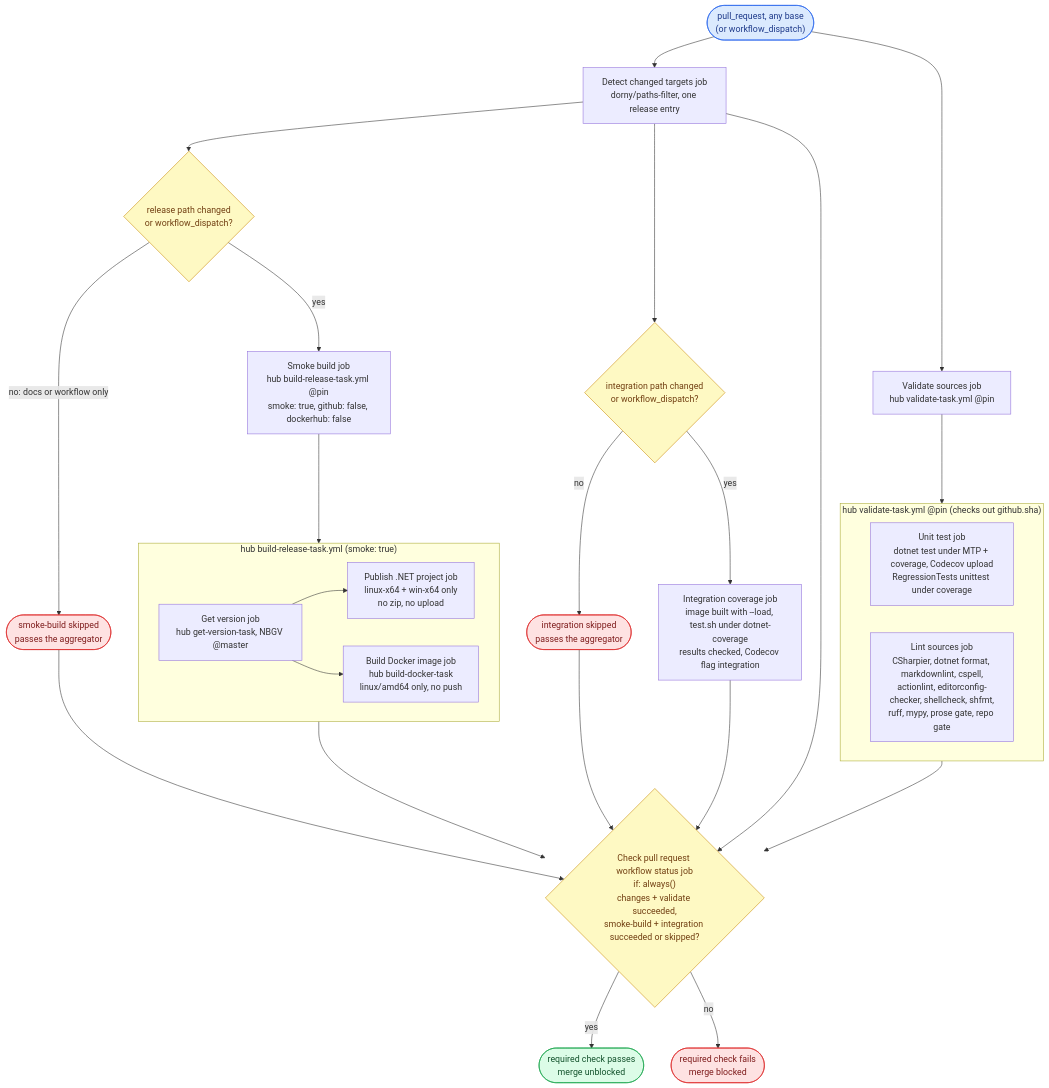
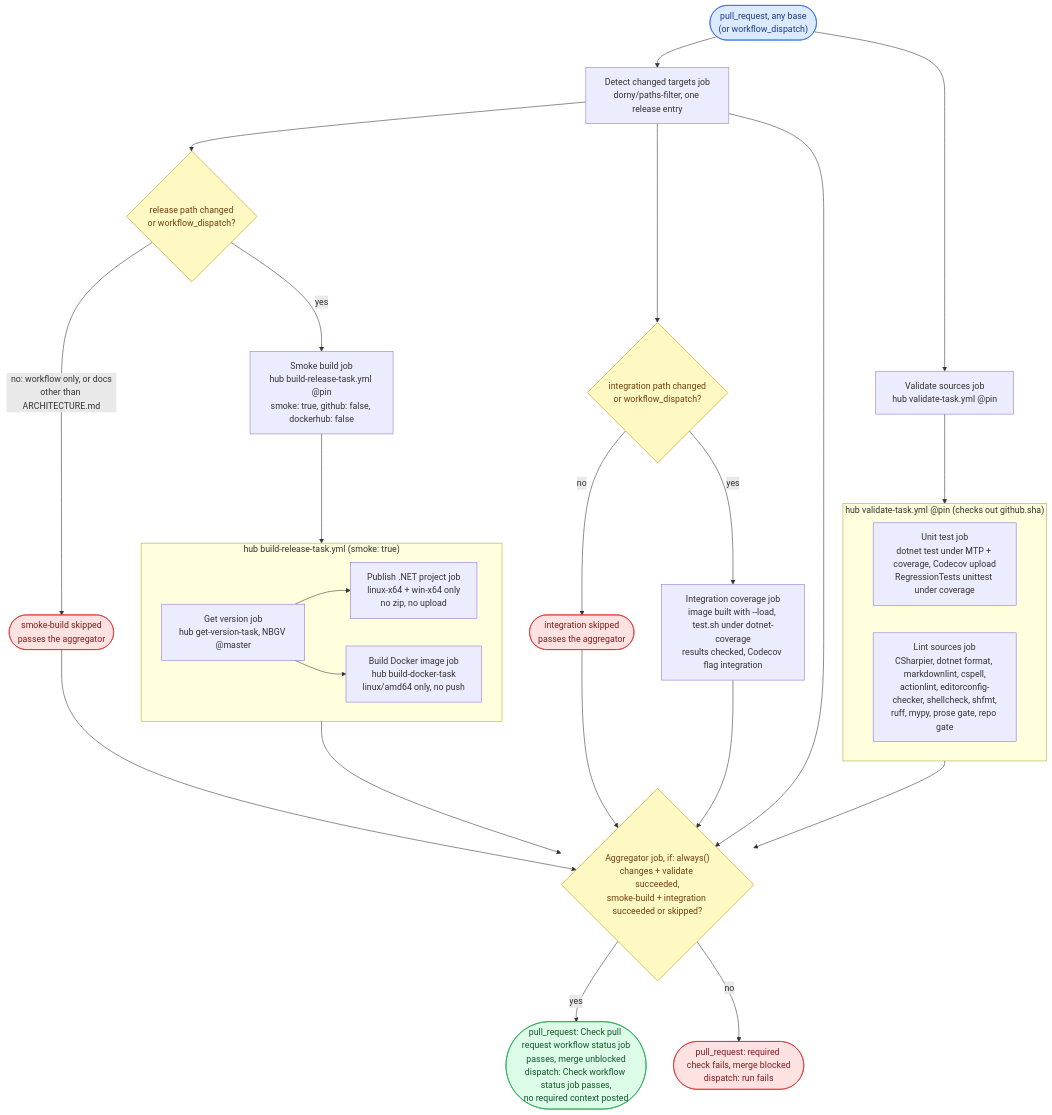
The first of 3 diagrams in WORKFLOW.md (ptr727/PlexCleaner), drawn with Mermaid before and after one commit. The commit also changed 1 other file, not shown here.

Commit message:
Show the Dispatch Aggregator Outcome Separately in the CI Flowchart

````diff
--- a/WORKFLOW.md
+++ b/WORKFLOW.md
@@ -223,35 +223,35 @@
 ```mermaid
 flowchart TD
     T(["pull_request, any base<br/>(or workflow_dispatch)"]):::trig
     T --> C["Detect changed targets job<br/>dorny/paths-filter, one release entry"]
     T --> V["Validate sources job<br/>hub validate-task.yml @pin"]
     C --> F{"release path changed<br/>or workflow_dispatch?"}:::gate
-    F -- "no: docs or workflow only" --> SK(["smoke-build skipped<br/>passes the aggregator"]):::stop
+    F -- "no: workflow only, or docs<br/>other than ARCHITECTURE.md" --> SK(["smoke-build skipped<br/>passes the aggregator"]):::stop
     F -- "yes" --> S["Smoke build job<br/>hub build-release-task.yml @pin<br/>smoke: true, github: false, dockerhub: false"]
     C --> FI{"integration path changed<br/>or workflow_dispatch?"}:::gate
     FI -- "no" --> ISK(["integration skipped<br/>passes the aggregator"]):::stop
     FI -- "yes" --> I["Integration coverage job<br/>image built with --load, test.sh under dotnet-coverage<br/>results checked, Codecov flag integration"]
     subgraph VT ["hub validate-task.yml @pin (checks out github.sha)"]
         U["Unit test job<br/>dotnet test under MTP + coverage, Codecov upload<br/>RegressionTests unittest under coverage"]
         L["Lint sources job<br/>CSharpier, dotnet format, markdownlint, cspell,<br/>actionlint, editorconfig-checker, shellcheck, shfmt,<br/>ruff, mypy, prose gate, repo gate"]
     end
     V --> VT
     subgraph BRTS ["hub build-release-task.yml (smoke: true)"]
         GVS["Get version job<br/>hub get-version-task, NBGV @master"] --> SE["Publish .NET project job<br/>linux-x64 + win-x64 only<br/>no zip, no upload"]
         GVS --> SD["Build Docker image job<br/>hub build-docker-task<br/>linux/amd64 only, no push"]
     end
     S --> BRTS
     C --> A
     VT --> A
     BRTS --> A
     SK --> A
     I --> A
     ISK --> A
-    A{"Check pull request workflow status job<br/>if: always()<br/>changes + validate succeeded,<br/>smoke-build + integration succeeded or skipped?"}:::gate
-    A -- "yes" --> G(["required check passes<br/>merge unblocked"]):::pub
-    A -- "no" --> R(["required check fails<br/>merge blocked"]):::stop
+    A{"Aggregator job, if: always()<br/>changes + validate succeeded,<br/>smoke-build + integration succeeded or skipped?"}:::gate
+    A -- "yes" --> G(["pull_request: Check pull request workflow status job<br/>passes, merge unblocked<br/>dispatch: Check workflow status job passes,<br/>no required context posted"]):::pub
+    A -- "no" --> R(["pull_request: required check fails, merge blocked<br/>dispatch: run fails"]):::stop
     classDef trig fill:#dbeafe,stroke:#2563eb,color:#1e3a8a
     classDef gate fill:#fef9c3,stroke:#ca8a04,color:#713f12
     classDef pub fill:#dcfce7,stroke:#16a34a,color:#14532d
     classDef stop fill:#fee2e2,stroke:#dc2626,color:#7f1d1d
 ```
````
